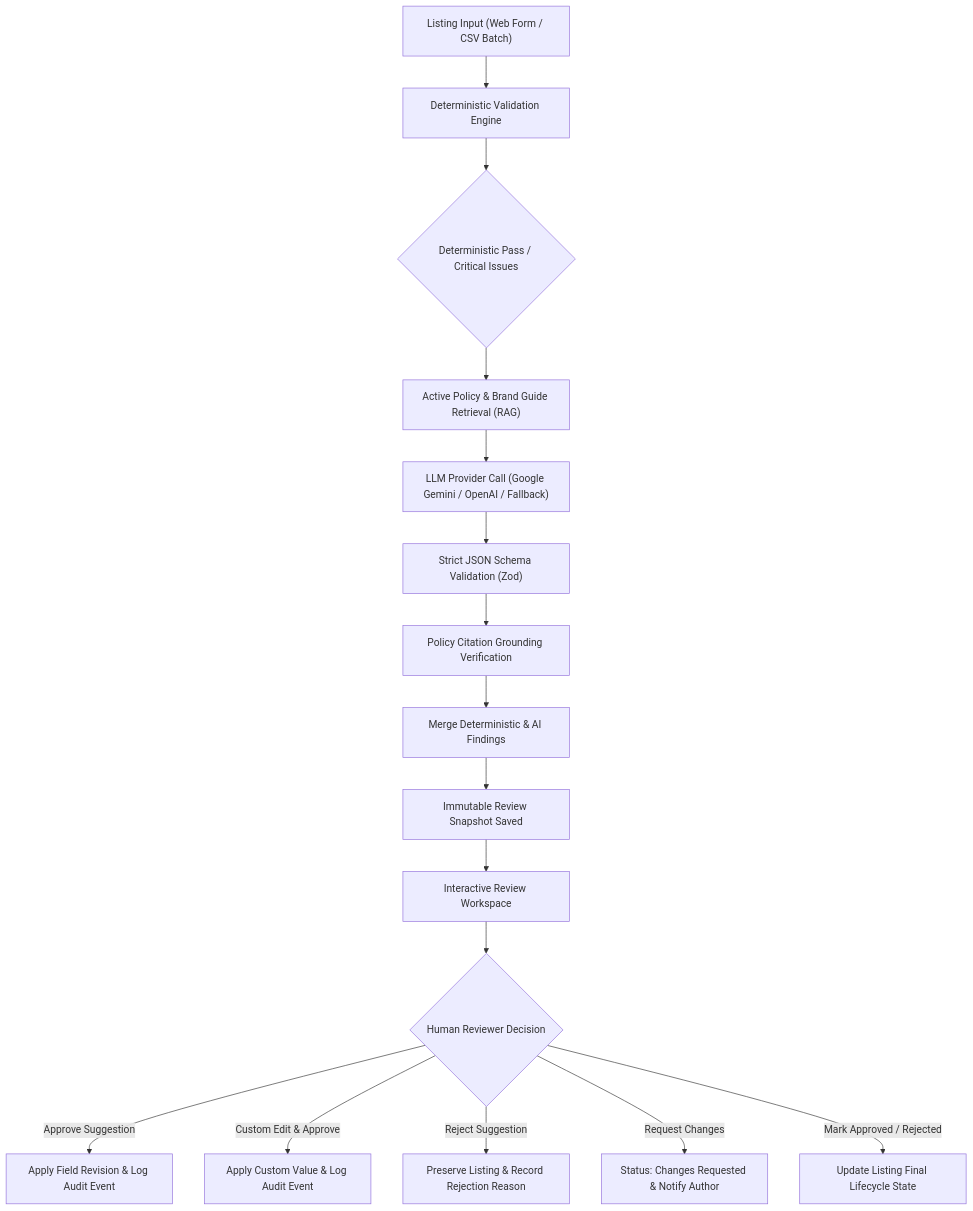
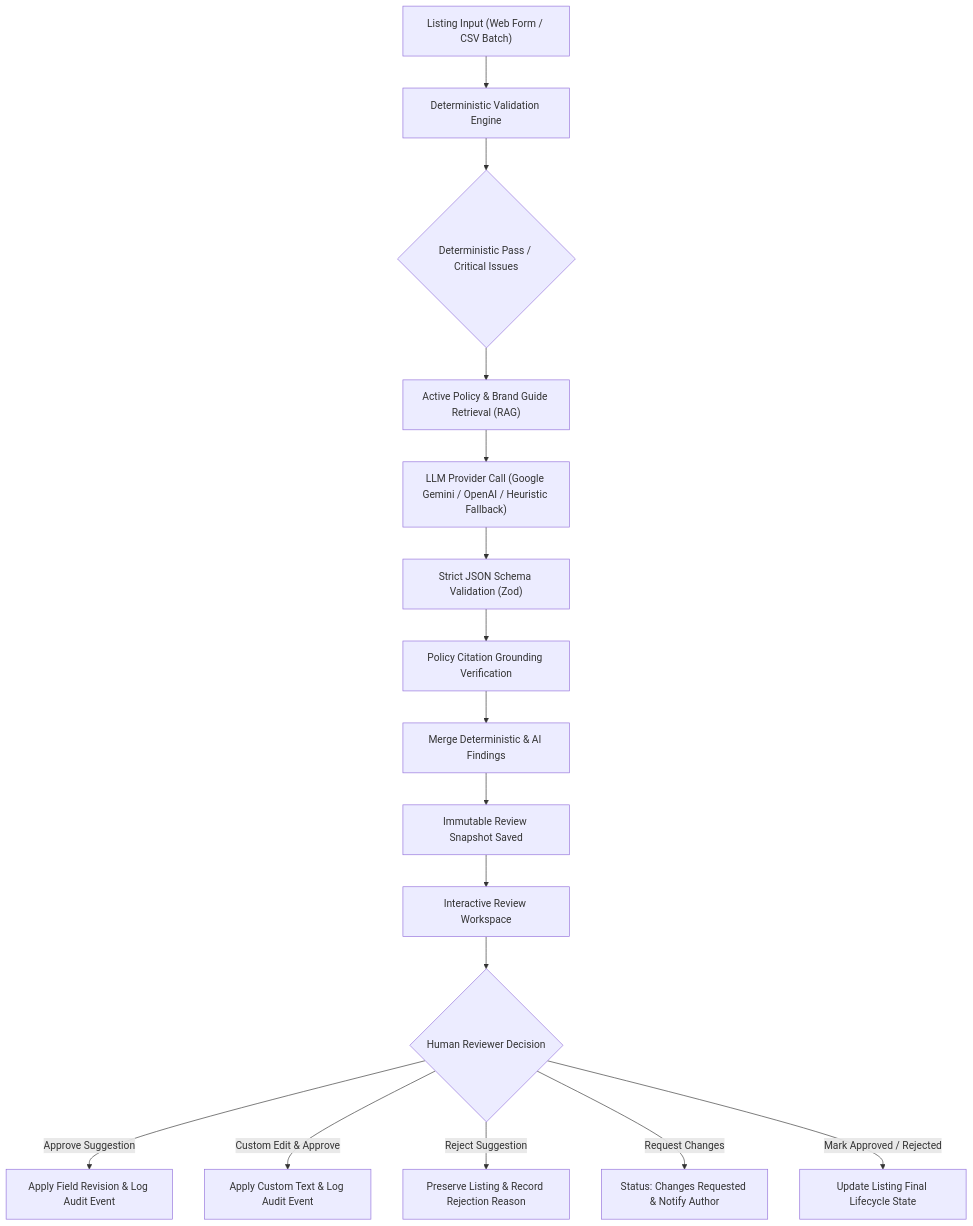
The first of 2 diagrams in README.md (singhabhi11/marketplace-listing-reviewer), drawn with Mermaid before and after one commit. The commit also changed other lines of this file and 20 other files, not shown here.

````diff
--- a/README.md
+++ b/README.md
@@ -12,18 +45,18 @@
 ```mermaid
 flowchart TD
     A["Listing Input (Web Form / CSV Batch)"] --> B["Deterministic Validation Engine"]
     B --> C{"Deterministic Pass / Critical Issues"}
     C --> D["Active Policy & Brand Guide Retrieval (RAG)"]
-    D --> E["LLM Provider Call (Google Gemini / OpenAI / Fallback)"]
+    D --> E["LLM Provider Call (Google Gemini / OpenAI / Heuristic Fallback)"]
     E --> F["Strict JSON Schema Validation (Zod)"]
     F --> G["Policy Citation Grounding Verification"]
     G --> H["Merge Deterministic & AI Findings"]
     H --> I["Immutable Review Snapshot Saved"]
     I --> J["Interactive Review Workspace"]
     J --> K{"Human Reviewer Decision"}
     K -- "Approve Suggestion" --> L["Apply Field Revision & Log Audit Event"]
-    K -- "Custom Edit & Approve" --> M["Apply Custom Value & Log Audit Event"]
+    K -- "Custom Edit & Approve" --> M["Apply Custom Text & Log Audit Event"]
     K -- "Reject Suggestion" --> N["Preserve Listing & Record Rejection Reason"]
     K -- "Request Changes" --> P["Status: Changes Requested & Notify Author"]
     K -- "Mark Approved / Rejected" --> O["Update Listing Final Lifecycle State"]
 ```
````
